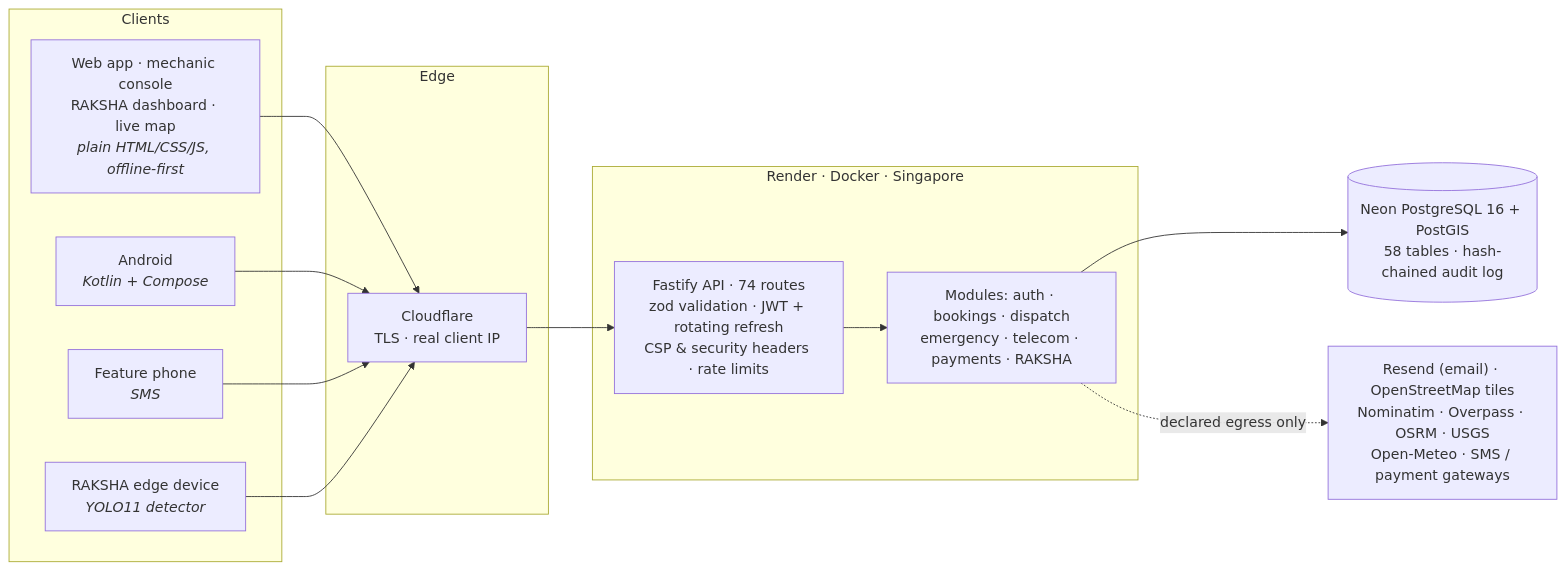
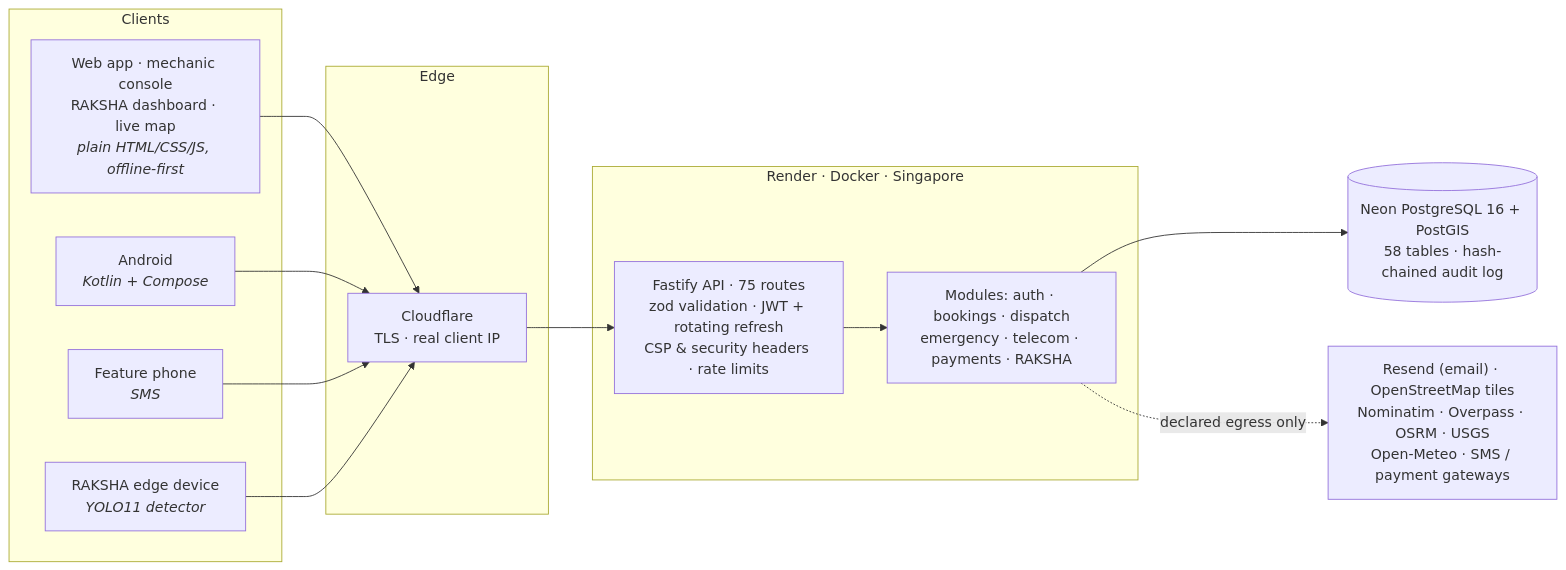
Before and after one commit to saatwik-1157/roadassist-bharat: the diagram in README.md, drawn with Mermaid. The commit also changed other lines of this file and 183 other files, not shown here.

````diff
--- a/README.md
+++ b/README.md
@@ -186,26 +186,26 @@
 ```mermaid
 flowchart LR
   subgraph Clients
     W["Web app · mechanic console<br/>RAKSHA dashboard · live map<br/><i>plain HTML/CSS/JS, offline-first</i>"]
     A["Android<br/><i>Kotlin + Compose</i>"]
     F["Feature phone<br/><i>SMS</i>"]
     E["RAKSHA edge device<br/><i>YOLO11 detector</i>"]
   end
 
   subgraph Edge
     CF["Cloudflare<br/>TLS · real client IP"]
   end
 
   subgraph Render["Render · Docker · Singapore"]
-    API["Fastify API · 74 routes<br/>zod validation · JWT + rotating refresh<br/>CSP & security headers · rate limits"]
+    API["Fastify API · 75 routes<br/>zod validation · JWT + rotating refresh<br/>CSP & security headers · rate limits"]
     MOD["Modules: auth · bookings · dispatch<br/>emergency · telecom · payments · RAKSHA"]
     API --> MOD
   end
 
   DB[("Neon PostgreSQL 16 + PostGIS<br/>58 tables · hash-chained audit log")]
   X["Resend (email) · OpenStreetMap tiles<br/>Nominatim · Overpass · OSRM · USGS<br/>Open-Meteo · SMS / payment gateways"]
 
   W & A & F & E --> CF --> API
   MOD --> DB
   MOD -. declared egress only .-> X
 ```
````
